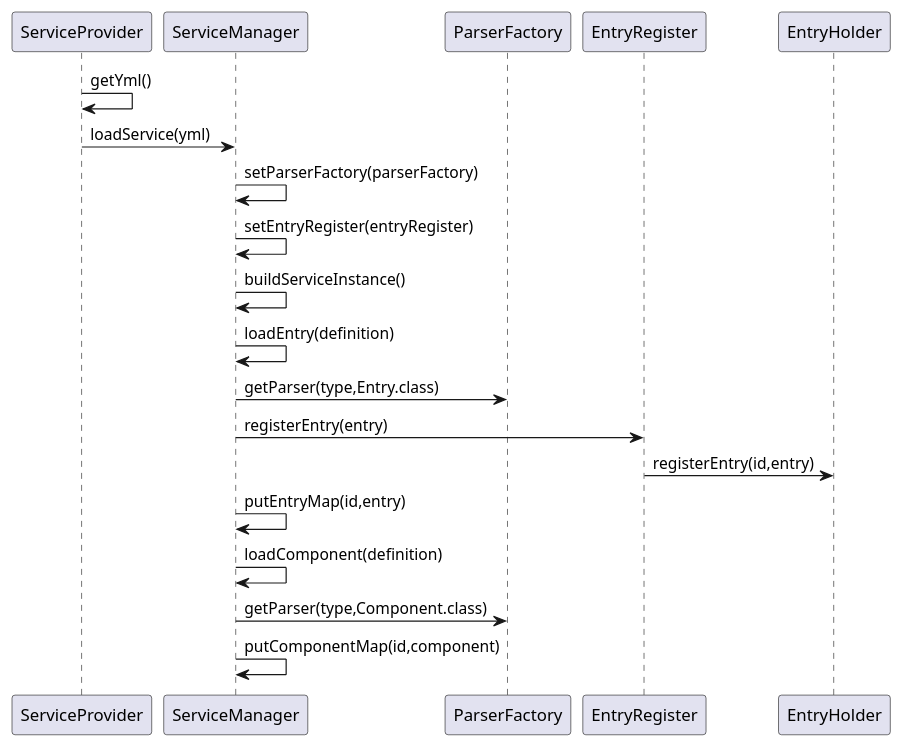
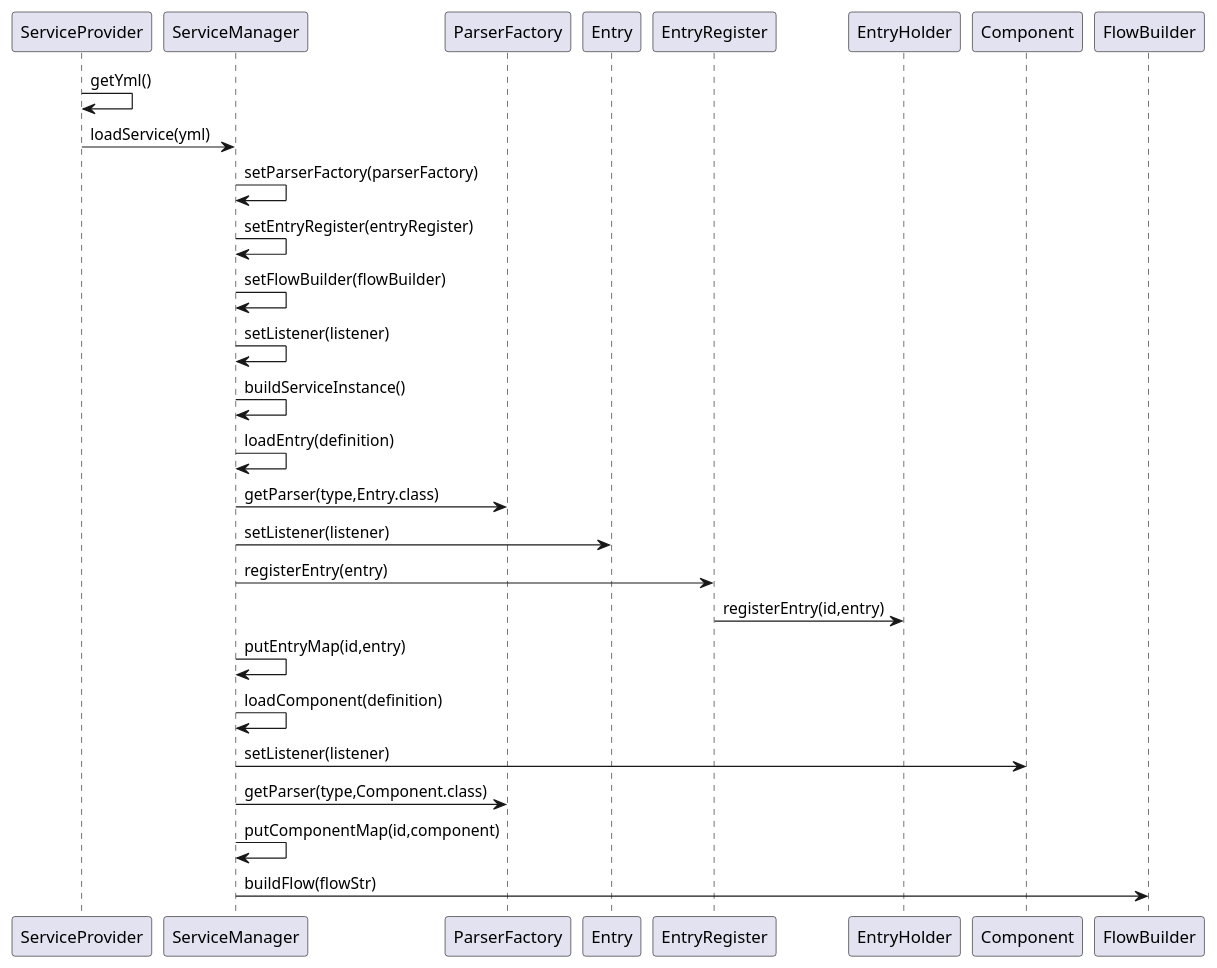
One commit to malacca-tech/malacca changed the diagram in malacca-core/lifecycle.puml. Above: the diagram before and after it, drawn with PlantUML. The commit also changed 17 other files, not shown here.

```diff
--- a/malacca-core/lifecycle.puml
+++ b/malacca-core/lifecycle.puml
@@ -1,15 +1,20 @@
 @startuml
 ServiceProvider -> ServiceProvider:getYml()
 ServiceProvider -> ServiceManager:loadService(yml)
 ServiceManager -> ServiceManager: setParserFactory(parserFactory)
 ServiceManager -> ServiceManager:setEntryRegister(entryRegister)
+ServiceManager -> ServiceManager:setFlowBuilder(flowBuilder)
+ServiceManager -> ServiceManager:setListener(listener)
 ServiceManager -> ServiceManager: buildServiceInstance()
 ServiceManager -> ServiceManager: loadEntry(definition)
 ServiceManager -> ParserFactory: getParser(type,Entry.class)
+ServiceManager -> Entry:setListener(listener)
 ServiceManager -> EntryRegister: registerEntry(entry)
 EntryRegister -> EntryHolder: registerEntry(id,entry)
 ServiceManager -> ServiceManager: putEntryMap(id,entry)
 ServiceManager -> ServiceManager: loadComponent(definition)
+ServiceManager -> Component:setListener(listener)
 ServiceManager -> ParserFactory: getParser(type,Component.class)
 ServiceManager -> ServiceManager: putComponentMap(id,component)
+ServiceManager -> FlowBuilder:buildFlow(flowStr)
 @enduml
```
